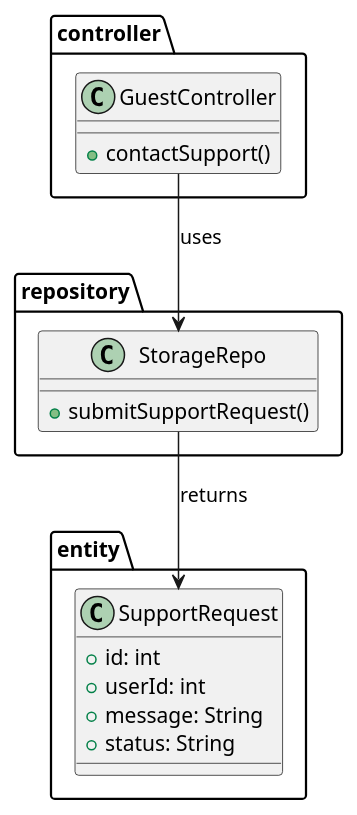
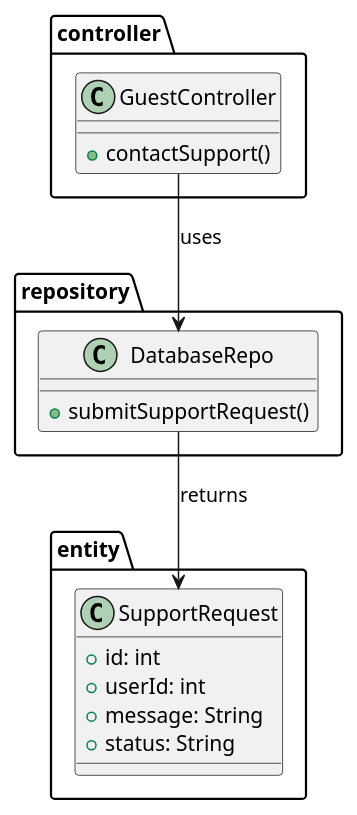
The diagram in SWD392/class_diagrams/5_contacting_support.puml (iamSlightlyWind/Legacy), drawn with PlantUML before and after one commit. The commit also changed 9 other files, not shown here.

```diff
--- a/SWD392/class_diagrams/5_contacting_support.puml
+++ b/SWD392/class_diagrams/5_contacting_support.puml
@@ -1,25 +1,25 @@
 @startuml
 package controller {
     class GuestController {
         +contactSupport()
     }
 }
 
 package repository {
-    class StorageRepo {
+    class DatabaseRepo {
         +submitSupportRequest()
     }
 }
 
 package entity {
     class SupportRequest {
         +id: int
         +userId: int
         +message: String
         +status: String
     }
 }
 
-GuestController --> StorageRepo : uses
-StorageRepo --> SupportRequest : returns
+GuestController --> DatabaseRepo : uses
+DatabaseRepo --> SupportRequest : returns
 @enduml
```
